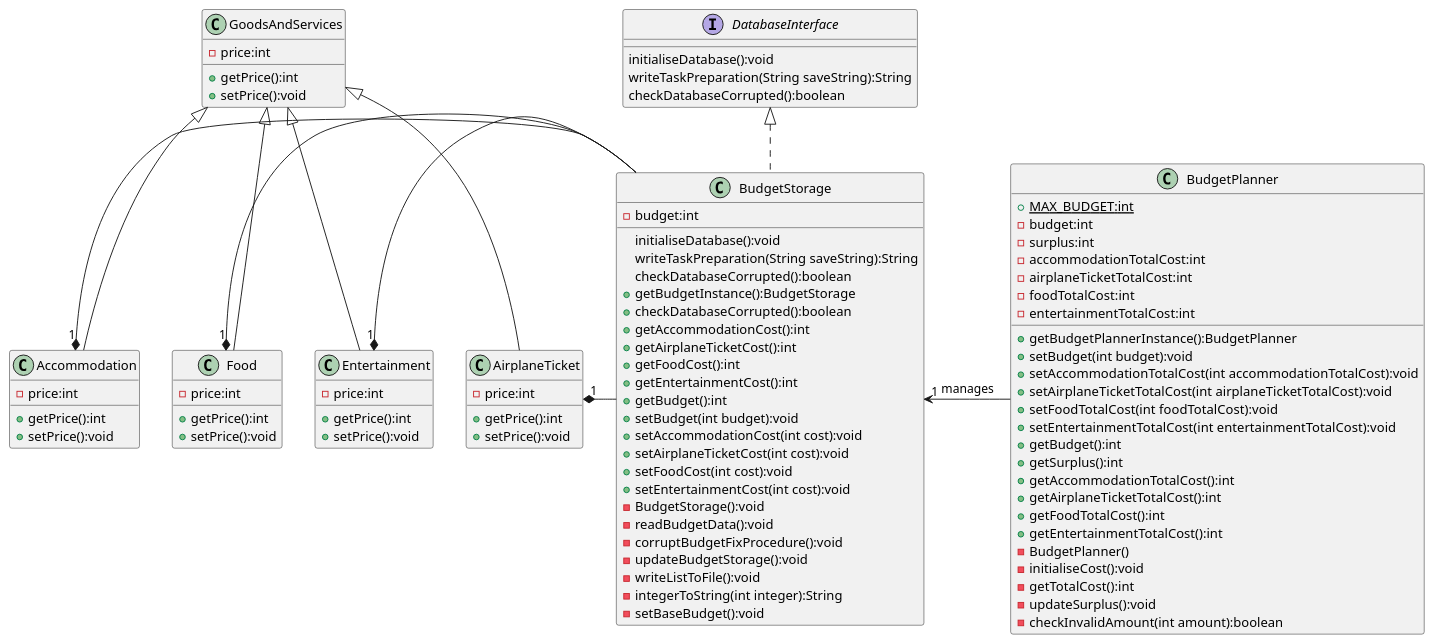
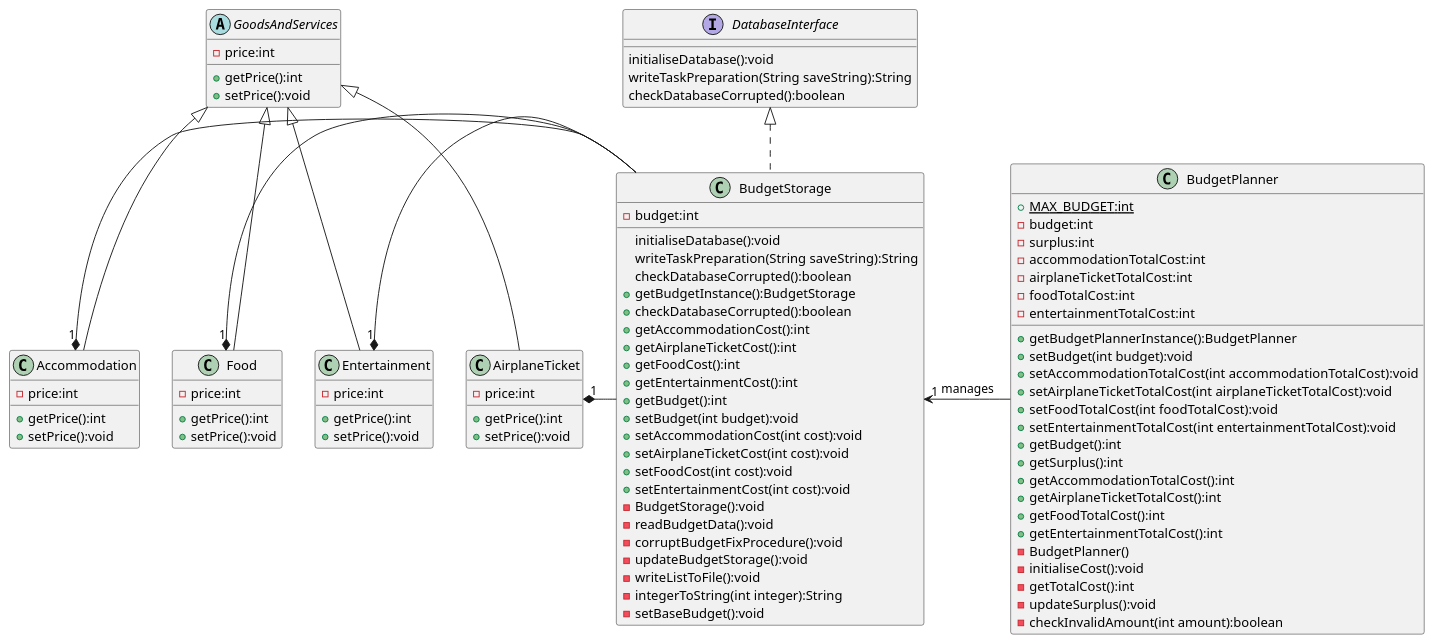
The diagram in docs/diagrams/budget/budgetClassDiagram.puml (nus-cs2113-AY2223S2/tp), drawn with PlantUML before and after one commit. The commit also changed 1 other file, not shown here.

Commit message:
Update BudgetClassDiagram to abstract Goodsandservices

```diff
--- a/docs/diagrams/budget/budgetClassDiagram.puml
+++ b/docs/diagrams/budget/budgetClassDiagram.puml
@@ -1,93 +1,93 @@
 @startuml
 'https://plantuml.com/sequence-diagram
 
 interface DatabaseInterface {
 initialiseDatabase():void
 writeTaskPreparation(String saveString):String
 checkDatabaseCorrupted():boolean
 }
 class BudgetStorage implements DatabaseInterface {
 -budget:int
 initialiseDatabase():void
 writeTaskPreparation(String saveString):String
 checkDatabaseCorrupted():boolean
 +getBudgetInstance():BudgetStorage
 +checkDatabaseCorrupted():boolean
 +getAccommodationCost():int
 +getAirplaneTicketCost():int
 +getFoodCost():int
 +getEntertainmentCost():int
 +getBudget():int
 +setBudget(int budget):void
 +setAccommodationCost(int cost):void
 +setAirplaneTicketCost(int cost):void
 +setFoodCost(int cost):void
 +setEntertainmentCost(int cost):void
 -BudgetStorage():void
 -readBudgetData():void
 -corruptBudgetFixProcedure():void
 -updateBudgetStorage():void
 -writeListToFile():void
 -integerToString(int integer):String
 -setBaseBudget():void
 }
 class BudgetPlanner {
 {static}+MAX_BUDGET:int
 -budget:int
 -surplus:int
 -accommodationTotalCost:int
 -airplaneTicketTotalCost:int
 -foodTotalCost:int
 -entertainmentTotalCost:int
 +getBudgetPlannerInstance():BudgetPlanner
 +setBudget(int budget):void
 +setAccommodationTotalCost(int accommodationTotalCost):void
 +setAirplaneTicketTotalCost(int airplaneTicketTotalCost):void
 +setFoodTotalCost(int foodTotalCost):void
 +setEntertainmentTotalCost(int entertainmentTotalCost):void
 +getBudget():int
 +getSurplus():int
 +getAccommodationTotalCost():int
 +getAirplaneTicketTotalCost():int
 +getFoodTotalCost():int
 +getEntertainmentTotalCost():int
 -BudgetPlanner()
 -initialiseCost():void
 -getTotalCost():int
 -updateSurplus():void
 -checkInvalidAmount(int amount):boolean
 
 }
 BudgetStorage "1" <- BudgetPlanner : manages
 BudgetStorage -left-* "1"AirplaneTicket
 BudgetStorage -left-* "1"Entertainment
 BudgetStorage -left-* "1"Food
 BudgetStorage -left-* "1"Accommodation
 
 class AirplaneTicket extends GoodsAndServices {
 -price:int
 +getPrice():int
 +setPrice():void
 }
 class Accommodation extends GoodsAndServices {
 -price:int
 +getPrice():int
 +setPrice():void
 }
 class Food extends GoodsAndServices {
 -price:int
 +getPrice():int
 +setPrice():void
 }
 class Entertainment extends GoodsAndServices {
 -price:int
 +getPrice():int
 +setPrice():void
 }
-class GoodsAndServices {
+abstract class GoodsAndServices {
 -price:int
 +getPrice():int
 +setPrice():void
 }
 
 @enduml
```
